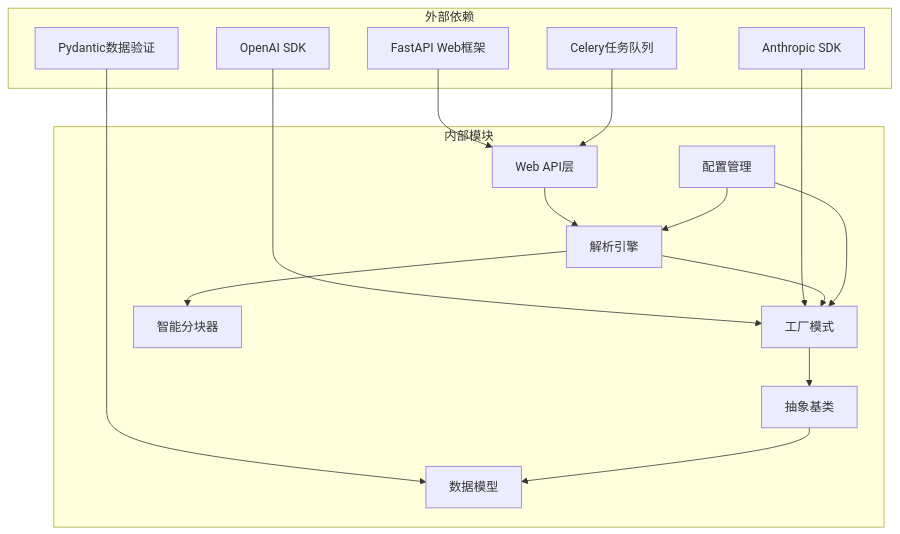
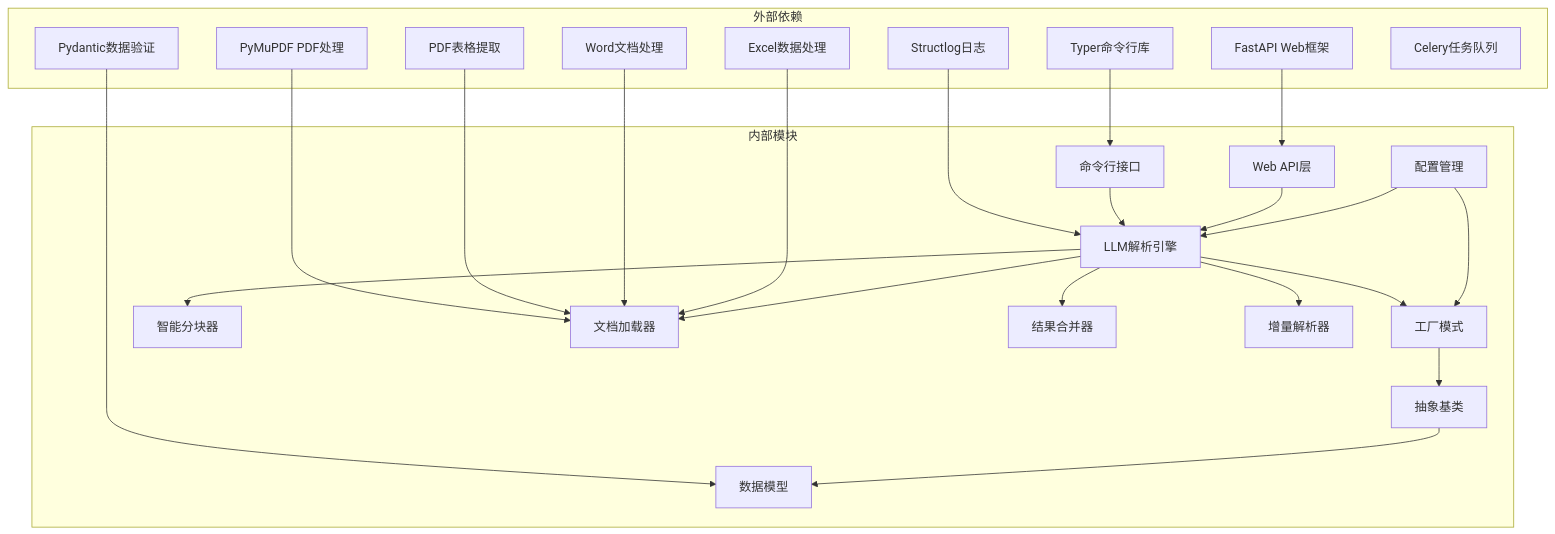
Before and after one commit to wowzhangji/doc_ai_parser: the eighth of 8 diagrams in .qoder/repowiki/zh/content/架构设计/组件交互.md, drawn with Mermaid. The commit also changed other lines of this file and 25 other files, not shown here.

````diff
--- a/.qoder/repowiki/zh/content/架构设计/组件交互.md
+++ b/.qoder/repowiki/zh/content/架构设计/组件交互.md
@@ -343,31 +642,46 @@
 ```mermaid
 graph TB
 subgraph "外部依赖"
 FastAPI[FastAPI Web框架]
-OpenAI[OpenAI SDK]
-Anthropic[Anthropic SDK]
+Typer[Typer命令行库]
 Pydantic[Pydantic数据验证]
-Celery[Celery任务队列]
+structlog[Structlog日志]
+pymupdf[PyMuPDF PDF处理]
+pdfplumber[PDF表格提取]
+python-docx[Word文档处理]
+pandas[Excel数据处理]
+celery[Celery任务队列]
 end
 subgraph "内部模块"
+CLI[命令行接口]
 API[Web API层]
-Parser[解析引擎]
+Parser[LLM解析引擎]
 Factory[工厂模式]
 Base[抽象基类]
 Chunker[智能分块器]
+Loader[文档加载器]
+Merger[结果合并器]
+Incremental[增量解析器]
 Models[数据模型]
 Config[配置管理]
 end
 FastAPI --> API
-OpenAI --> Factory
-Anthropic --> Factory
+Typer --> CLI
 Pydantic --> Models
-Celery --> API
+structlog --> Parser
+pymupdf --> Loader
+pdfplumber --> Loader
+python-docx --> Loader
+pandas --> Loader
+CLI --> Parser
 API --> Parser
 Parser --> Factory
 Parser --> Chunker
+Parser --> Loader
+Parser --> Merger
+Parser --> Incremental
 Factory --> Base
 Base --> Models
 Config --> Factory
 Config --> Parser
 ```
````
